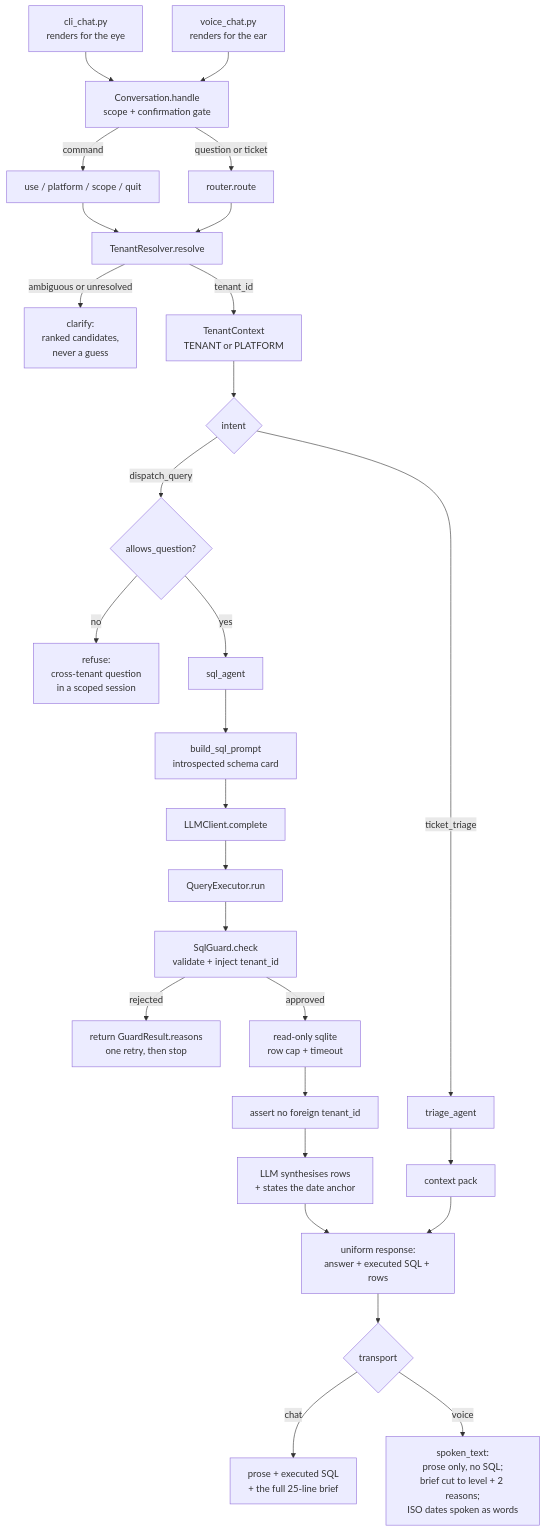
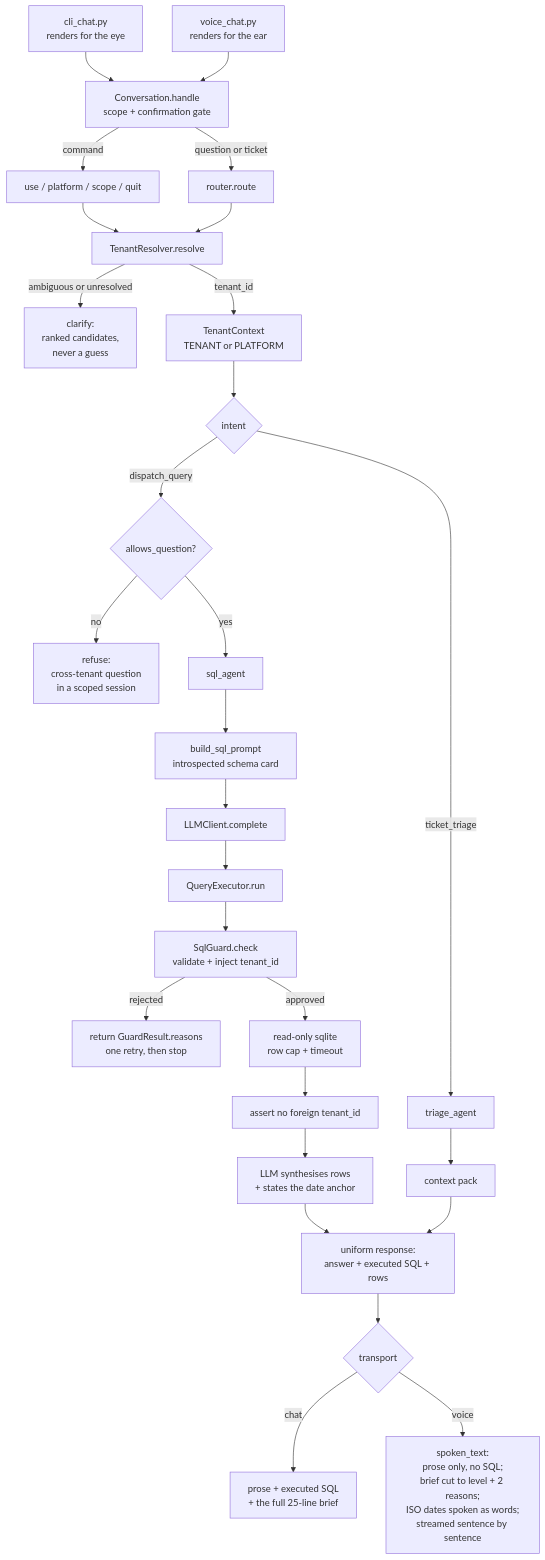
Before and after one commit to DevSakar404/fleet-panda: the first of 3 diagrams in DESIGN.md, drawn with Mermaid. The commit also changed other lines of this file and 1 other file, not shown here.

First line of the commit message:
docs(voice): spec the latency/recognition pass (D-026)

````diff
--- a/DESIGN.md
+++ b/DESIGN.md
@@ -19,39 +19,39 @@
 ```mermaid
 graph TD
     CHAT[cli_chat.py<br/>renders for the eye] --> CONV
     VOICE[voice_chat.py<br/>renders for the ear] --> CONV
 
     CONV[Conversation.handle<br/>scope + confirmation gate] -->|command| CMD[use / platform / scope / quit]
     CONV -->|question or ticket| ROUTE
 
     CMD --> RESOLVE
     ROUTE[router.route] --> RESOLVE
 
     RESOLVE[TenantResolver.resolve] -->|ambiguous or unresolved| CLARIFY[clarify:<br/>ranked candidates,<br/>never a guess]
     RESOLVE -->|tenant_id| CTX[TenantContext<br/>TENANT or PLATFORM]
 
     CTX --> INTENT{intent}
     INTENT -->|dispatch_query| AUTH
     INTENT -->|ticket_triage| TRIAGE
 
     AUTH{allows_question?} -->|no| REFUSE[refuse:<br/>cross-tenant question<br/>in a scoped session]
     AUTH -->|yes| SQLA[sql_agent]
 
     SQLA --> PROMPT[build_sql_prompt<br/>introspected schema card]
     PROMPT --> LLM1[LLMClient.complete]
     LLM1 --> EXEC
 
     EXEC[QueryExecutor.run] --> GUARD
     GUARD[SqlGuard.check<br/>validate + inject tenant_id] -->|rejected| REASONS[return GuardResult.reasons<br/>one retry, then stop]
     GUARD -->|approved| RUN[read-only sqlite<br/>row cap + timeout]
     RUN --> ASSERT[assert no foreign tenant_id]
     ASSERT --> SYNTH[LLM synthesises rows<br/>+ states the date anchor]
 
     TRIAGE[triage_agent] --> PACK
     SYNTH --> OUT[uniform response:<br/>answer + executed SQL + rows]
     PACK[context pack] --> OUT
 
     OUT --> RENDER{transport}
     RENDER -->|chat| EYE[prose + executed SQL<br/>+ the full 25-line brief]
-    RENDER -->|voice| EAR[spoken_text:<br/>prose only, no SQL;<br/>brief cut to level + 2 reasons;<br/>ISO dates spoken as words]
+    RENDER -->|voice| EAR[spoken_text:<br/>prose only, no SQL;<br/>brief cut to level + 2 reasons;<br/>ISO dates spoken as words;<br/>streamed sentence by sentence]
 ```
````
